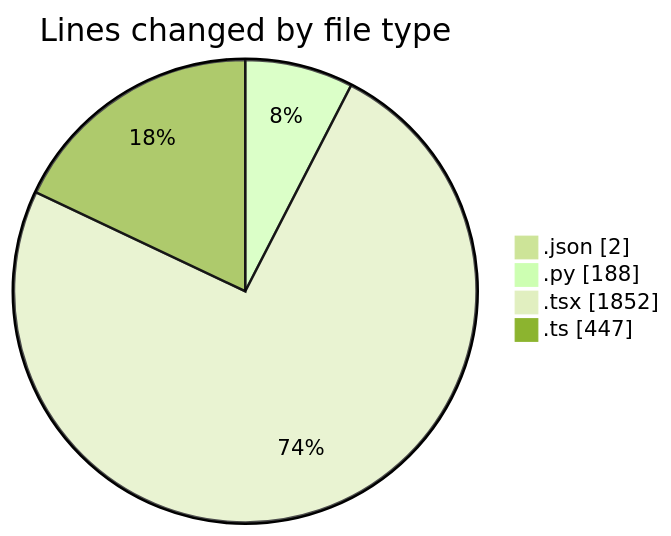
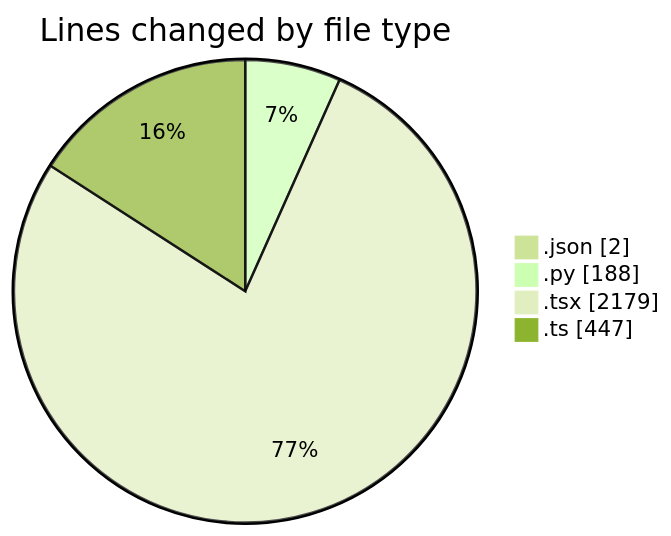
One commit to julien-gomy/code-tracking changed the first of 2 diagrams in 2025-10-06/eventscop-frontend-guide__workspace_/README.md. Above: the diagram before and after it, drawn with Mermaid (forest theme). The commit also changed other lines of this file and 1 other file, not shown here.

````diff
--- a/2025-10-06/eventscop-frontend-guide__workspace_/README.md
+++ b/2025-10-06/eventscop-frontend-guide__workspace_/README.md
@@ -29,8 +30,8 @@
 ```mermaid
 pie showData
 title Lines changed by file type
 ".json" : 2
 ".py" : 188
-".tsx" : 1852
+".tsx" : 2179
 ".ts" : 447
 ```
````
